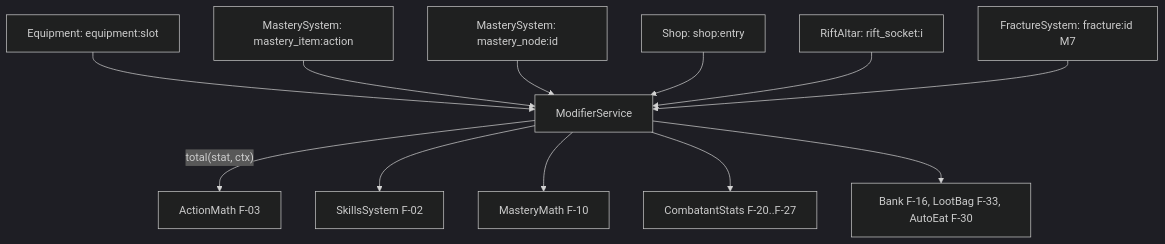
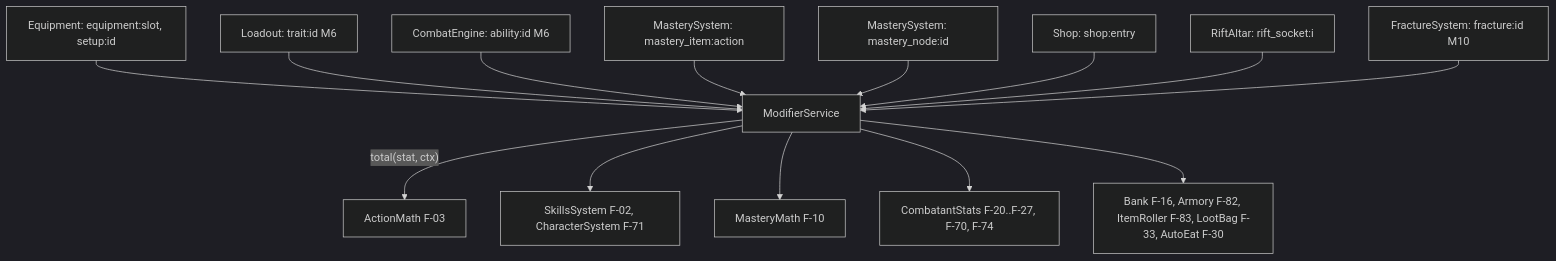
Before and after one commit to BriLaLaLa/Rifstone-Saga---Melvor: the sixth of 6 diagrams in docs/03_ARCHITECTURE.md, drawn with Mermaid (dark theme). The commit also changed other lines of this file and 11 other files, not shown here.

````diff
--- a/docs/03_ARCHITECTURE.md
+++ b/docs/03_ARCHITECTURE.md
@@ -300,14 +315,16 @@
 ```mermaid
 flowchart TD
-    EQ[Equipment: equipment:slot] --> MS[ModifierService]
+    EQ[Equipment: equipment:slot, setup:id] --> MS[ModifierService]
+    LO[Loadout: trait:id M6] --> MS
+    CE[CombatEngine: ability:id M6] --> MS
     MI[MasterySystem: mastery_item:action] --> MS
     MN[MasterySystem: mastery_node:id] --> MS
     SH[Shop: shop:entry] --> MS
     RA[RiftAltar: rift_socket:i] --> MS
-    FR[FractureSystem: fracture:id M7] --> MS
+    FR[FractureSystem: fracture:id M10] --> MS
     MS -->|"total(stat, ctx)"| F1[ActionMath F-03]
-    MS --> F2[SkillsSystem F-02]
+    MS --> F2[SkillsSystem F-02, CharacterSystem F-71]
     MS --> F3[MasteryMath F-10]
-    MS --> F4[CombatantStats F-20..F-27]
-    MS --> F5[Bank F-16, LootBag F-33, AutoEat F-30]
+    MS --> F4[CombatantStats F-20..F-27, F-70, F-74]
+    MS --> F5[Bank F-16, Armory F-82, ItemRoller F-83, LootBag F-33, AutoEat F-30]
 ```
````
